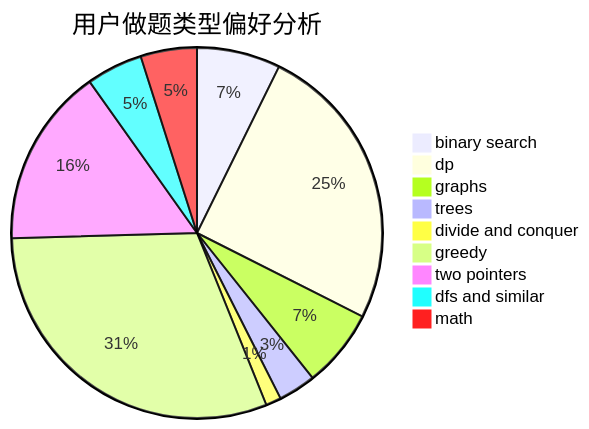
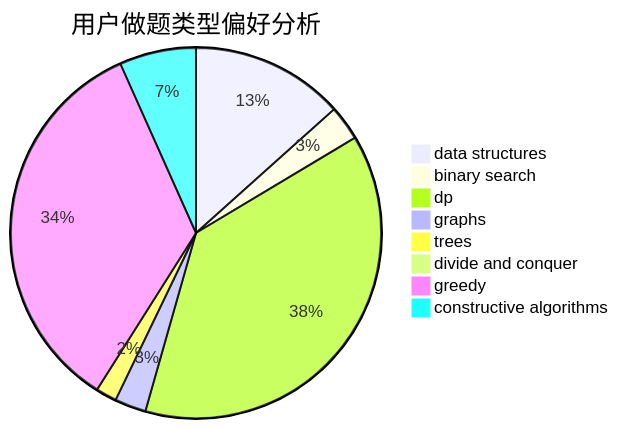
One commit to sherpahu/cfrs.github.io changed the second of 3 diagrams in docs/user/u1858.md. Above: the diagram before and after it, drawn with Mermaid. The commit also changed other lines of this file and 2775 other files, not shown here.

````diff
--- a/docs/user/u1858.md
+++ b/docs/user/u1858.md
@@ -23,12 +23,11 @@
 ```mermaid
 pie title 用户做题类型偏好分析
-    "binary search" :  49
-    "dp" :  169
-    "graphs" :  46
-    "trees" :  22
-    "divide and conquer" :  9
-    "greedy" :  206
-    "two pointers" :  105
-    "dfs and similar" :  33
-    "math" :  33
+    "data structures" :  44
+    "binary search" :  10
+    "dp" :  125
+    "graphs" :  9
+    "trees" :  6
+    "divide and conquer" :  0
+    "greedy" :  113
+    "constructive algorithms" :  22
 ```
````
